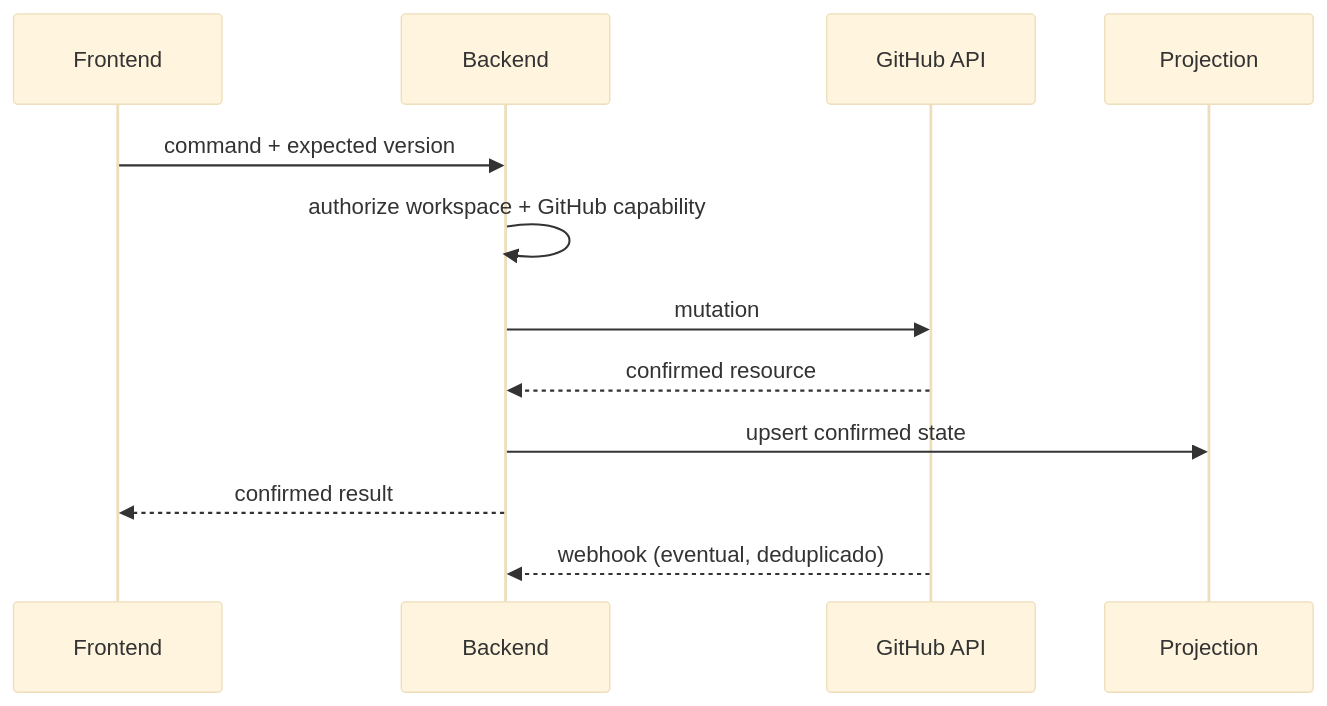
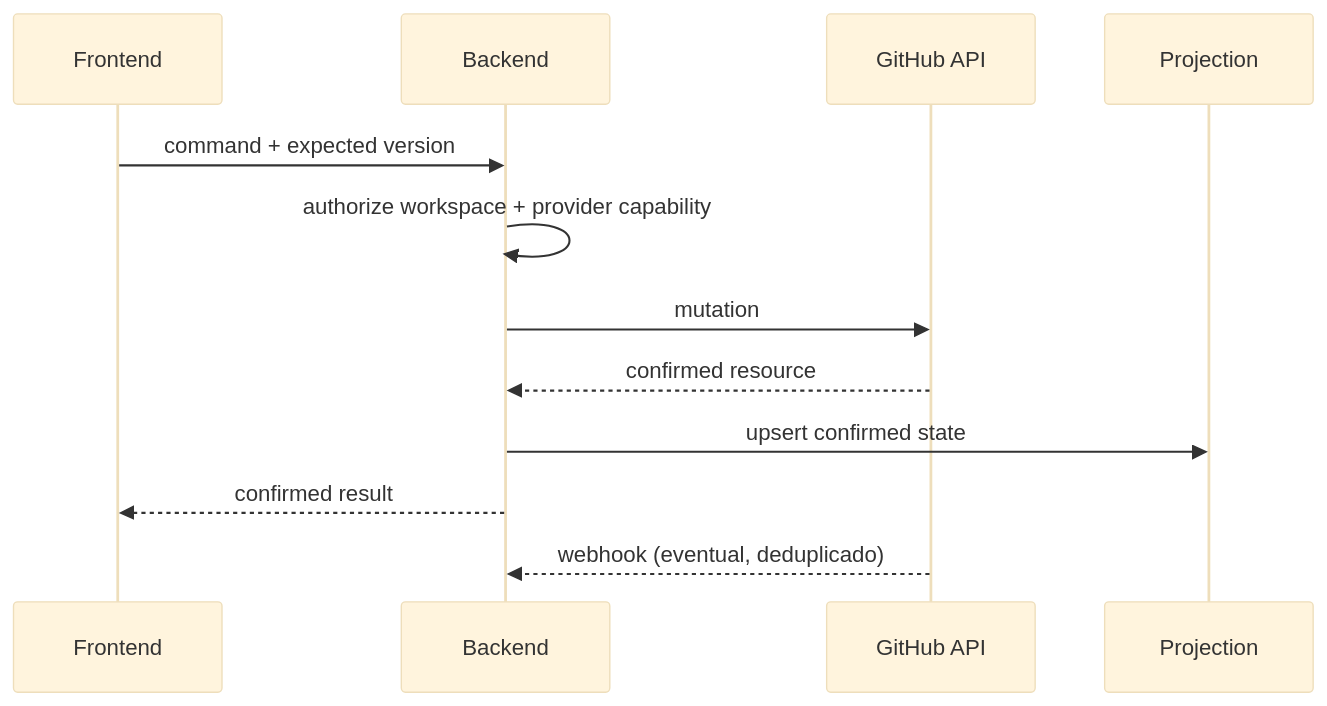
The second of 2 diagrams in docs/architecture/synchronization.md (jacksonsr451/crm-git-workflow), drawn with Mermaid (base theme) before and after one commit. The commit also changed 31 other files, not shown here.

Commit message:
docs: add GitHub and GitLab provider architecture

````diff
--- a/docs/architecture/synchronization.md
+++ b/docs/architecture/synchronization.md
@@ -32,14 +32,14 @@
 ```mermaid
 sequenceDiagram
   participant F as Frontend
   participant B as Backend
   participant G as GitHub API
   participant P as Projection
   F->>B: command + expected version
-  B->>B: authorize workspace + GitHub capability
+  B->>B: authorize workspace + provider capability
   B->>G: mutation
   G-->>B: confirmed resource
   B->>P: upsert confirmed state
   B-->>F: confirmed result
   G-->>B: webhook (eventual, deduplicado)
 ```
````
